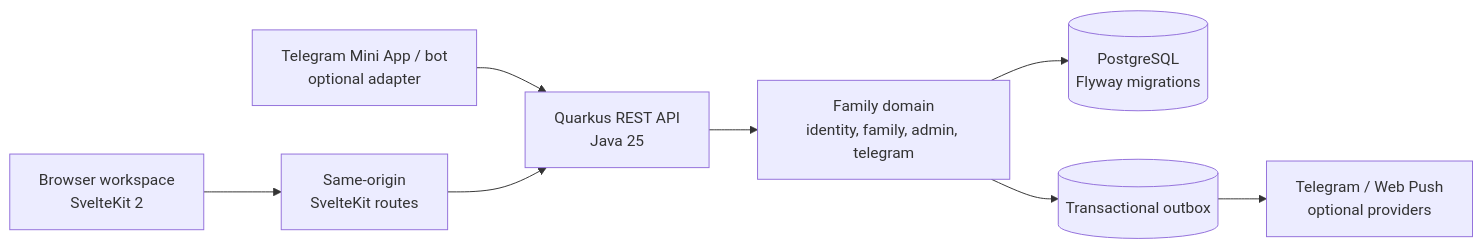
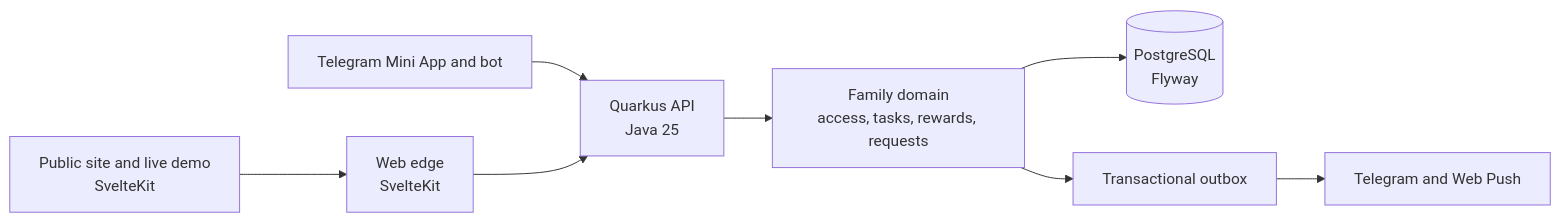
The diagram in README.md (sashplatonov/earnit-kids), drawn with Mermaid before and after one commit. The commit also changed other lines of this file and 22 other files, not shown here.

````diff
--- a/README.md
+++ b/README.md
@@ -16,10 +56,10 @@
 ```mermaid
 flowchart LR
-    Browser[Browser workspace\nSvelteKit 2] --> Edge[Same-origin\nSvelteKit routes]
-    Telegram[Telegram Mini App / bot\noptional adapter] --> API
-    Edge --> API[Quarkus REST API\nJava 25]
-    API --> Domain[Family domain\nidentity, family, admin, telegram]
-    Domain --> DB[(PostgreSQL\nFlyway migrations)]
-    Domain --> Outbox[(Transactional outbox)]
-    Outbox --> Providers[Telegram / Web Push\noptional providers]
+    Public[Public site and live demo\nSvelteKit] --> Edge[Web edge\nSvelteKit]
+    Telegram[Telegram Mini App and bot] --> API[Quarkus API\nJava 25]
+    Edge --> API
+    API --> Family[Family domain\naccess, tasks, rewards, requests]
+    Family --> Database[(PostgreSQL\nFlyway)]
+    Family --> Outbox[Transactional outbox]
+    Outbox --> Delivery[Telegram and Web Push]
 ```
````
